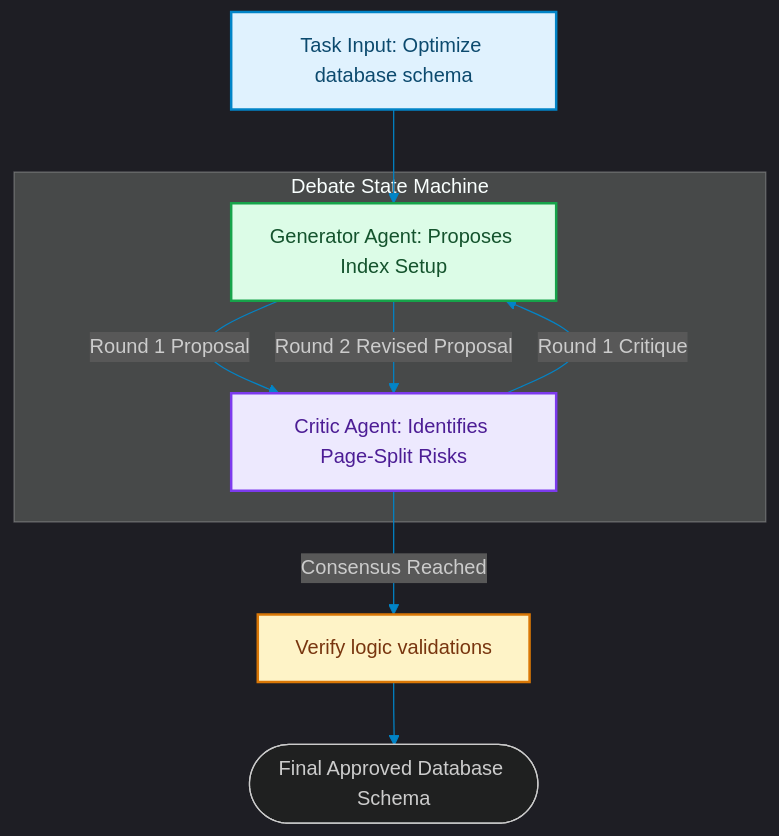
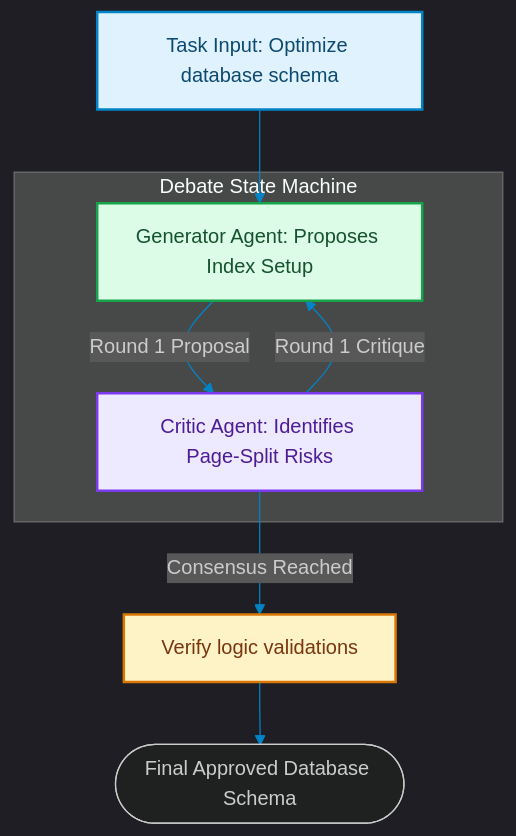
One commit to akmalkhaniub/akmalkhaniub.github.io changed the diagram in blog/posts/consensus-multi-agent-debates-structured-discussion.md. Above: the diagram before and after it, drawn with Mermaid. The commit also changed other lines of this file and 894 other files, not shown here.

Commit message:
feat(blog): upgrade all 444 posts with unique staggered dates, 2-col Mermaid spines, benchmark tables, code blocks, and trade-offs

````diff
--- a/blog/posts/consensus-multi-agent-debates-structured-discussion.md
+++ b/blog/posts/consensus-multi-agent-debates-structured-discussion.md
@@ -16,24 +16,23 @@
 ```mermaid
 %%{init: {'theme': 'dark', 'themeVariables': { 'primaryColor': '#0284c7', 'primaryTextColor': '#f3f4f6', 'primaryBorderColor': '#38bdf8', 'lineColor': '#0284c7', 'secondaryColor': '#111827', 'tertiaryColor': '#0b0f19'}}}%%
 flowchart TD
     Task["Task Input: Optimize database schema"] --> Gen["Generator Agent: Proposes Index Setup"]
     
     subgraph SG1_DebateStateMachine ["Debate State Machine"]
         Gen -->|Round 1 Proposal| Critic["Critic Agent: Identifies Page-Split Risks"]
         Critic -->|Round 1 Critique| Gen
-        Gen -->|Round 2 Revised Proposal| Critic
     end
     
     Critic -->|Consensus Reached| Validate["Verify logic validations"]
     Validate --> Output([Final Approved Database Schema])
 
 classDef green fill:#dcfce7,stroke:#16a34a,stroke-width:2px,color:#14532d;
 classDef red fill:#fee2e2,stroke:#dc2626,stroke-width:2px,color:#7f1d1d;
 classDef blue fill:#e0f2fe,stroke:#0284c7,stroke-width:2px,color:#0c4a6e;
 classDef yellow fill:#fef3c7,stroke:#d97706,stroke-width:2px,color:#78350f;
 classDef purple fill:#ede9fe,stroke:#7c3aed,stroke-width:2px,color:#4c1d95;
 class Task blue
 class Gen green
 class Critic purple
 class Validate yellow
 ```
````
